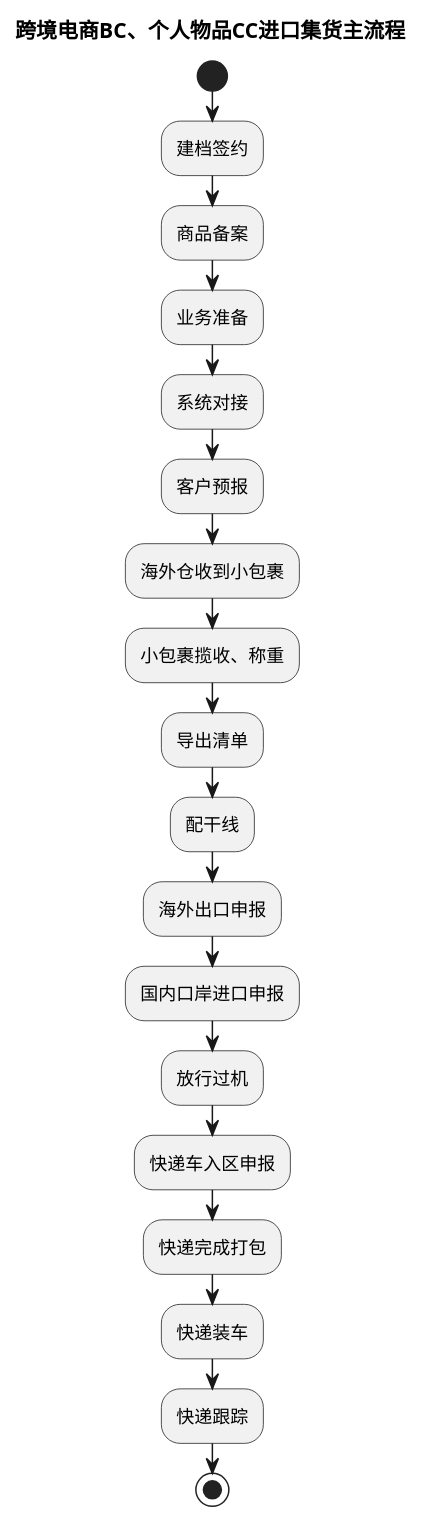
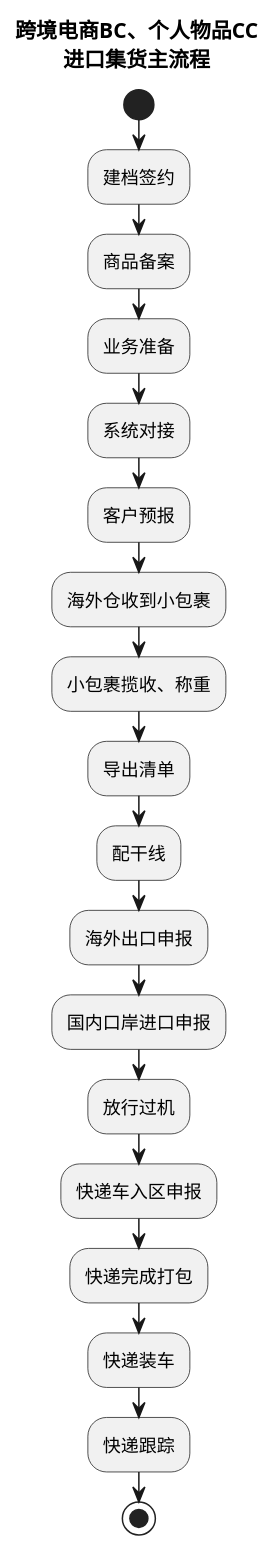
Before and after one commit to jack888332/projects-doc: the sixth of 7 diagrams in product-caliber/goldjet/segmented-prd/mainflow/PRD.高捷物流系统一期.主流程.01.业务模式主流程总览.md, drawn with PlantUML. The commit also changed other lines of this file and 20 other files, not shown here.

Commit message:
优化流程表对应的DLS图

````diff
--- a/product-caliber/goldjet/segmented-prd/mainflow/PRD.高捷物流系统一期.主流程.01.业务模式主流程总览.md
+++ b/product-caliber/goldjet/segmented-prd/mainflow/PRD.高捷物流系统一期.主流程.01.业务模式主流程总览.md
@@ -140,23 +151,24 @@
 ```plantuml
 @startuml
-title 跨境电商BC、个人物品CC进口集货主流程
+skinparam activityDiamondBackgroundColor #FFF4CC
+title 跨境电商BC、个人物品CC\n进口集货主流程
 start
 :建档签约;
 :商品备案;
 :业务准备;
 :系统对接;
 :客户预报;
 :海外仓收到小包裹;
 :小包裹揽收、称重;
 :导出清单;
 :配干线;
 :海外出口申报;
 :国内口岸进口申报;
 :放行过机;
 :快递车入区申报;
 :快递完成打包;
 :快递装车;
 :快递跟踪;
 stop
 @enduml
 ```
````
